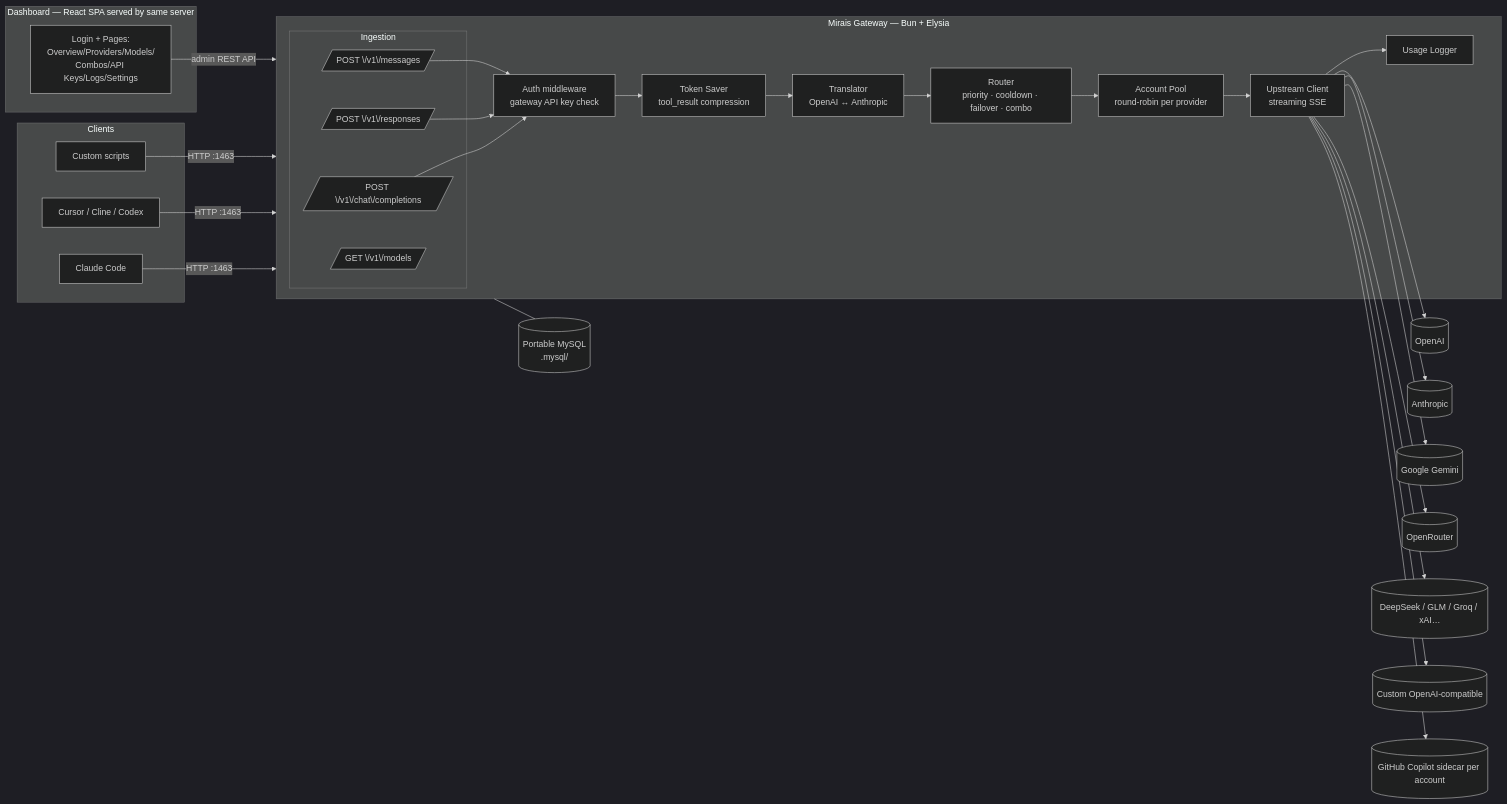
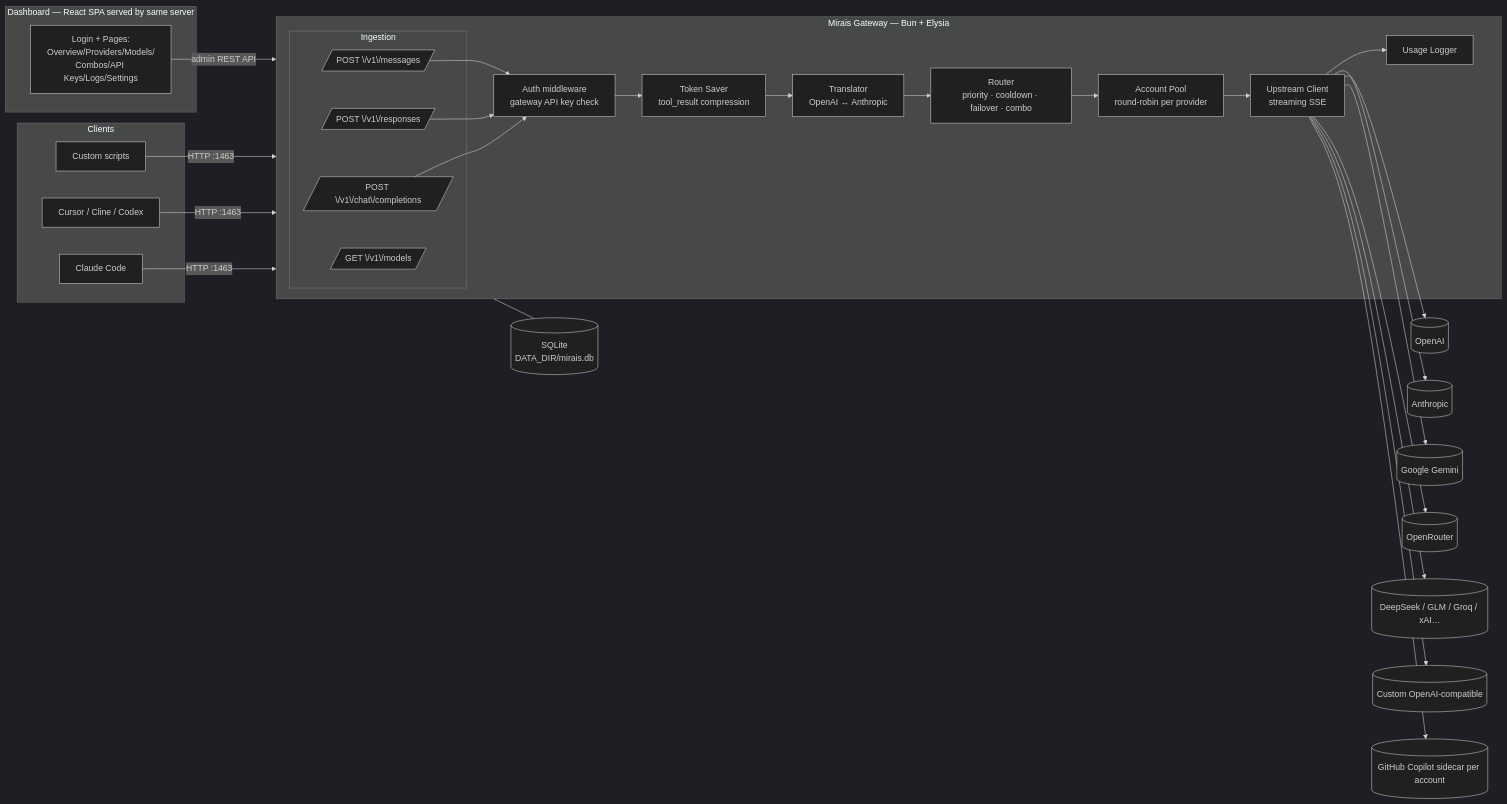
One commit to levanza1358/mirais changed the first of 2 diagrams in docs/01-architecture.md. Above: the diagram before and after it, drawn with Mermaid (dark theme). The commit also changed other lines of this file and 60 other files, not shown here.

````diff
--- a/docs/01-architecture.md
+++ b/docs/01-architecture.md
@@ -5,45 +5,45 @@
 ```mermaid
 flowchart LR
     subgraph Clients
         A[Claude Code] 
         B[Cursor / Cline / Codex]
         C[Custom scripts]
     end
 
     A & B & C -->|HTTP :1463| GW
 
     subgraph GW[Mirais Gateway — Bun + Elysia]
         subgraph Ingestion
             R1[/POST \/v1\/chat\/completions/]
             R2[/POST \/v1\/responses/]
             R3[/POST \/v1\/messages/]
             R4[/GET \/v1\/models/]
         end
 
         AUTH[Auth middleware<br/>gateway API key check]
         TS[Token Saver<br/>tool_result compression]
         TR[Translator<br/>OpenAI ↔ Anthropic]
         RT[Router<br/>priority · cooldown · failover · combo]
         ACC[Account Pool<br/>round-robin per provider]
         UP[Upstream Client<br/>streaming SSE]
         LOG[Usage Logger]
 
         R1 & R2 & R3 --> AUTH --> TS --> TR --> RT --> ACC --> UP
         UP --> LOG
     end
 
     UP --> P1[(OpenAI)]
     UP --> P2[(Anthropic)]
     UP --> P3[(Google Gemini)]
     UP --> P4[(OpenRouter)]
     UP --> P5[(DeepSeek / GLM / Groq / xAI…)]
     UP --> P6[(Custom OpenAI-compatible)]
     UP --> P7[(GitHub Copilot sidecar per account)]
 
     subgraph Admin[Dashboard — React SPA served by same server]
         UI[Login + Pages:<br/>Overview/Providers/Models/<br/>Combos/API Keys/Logs/Settings]
     end
 
     UI -->|admin REST API| GW
-    GW --- DB[(Portable MySQL<br/>.mysql/)]
+    GW --- DB[(SQLite<br/>DATA_DIR/mirais.db)]
 ```
````
